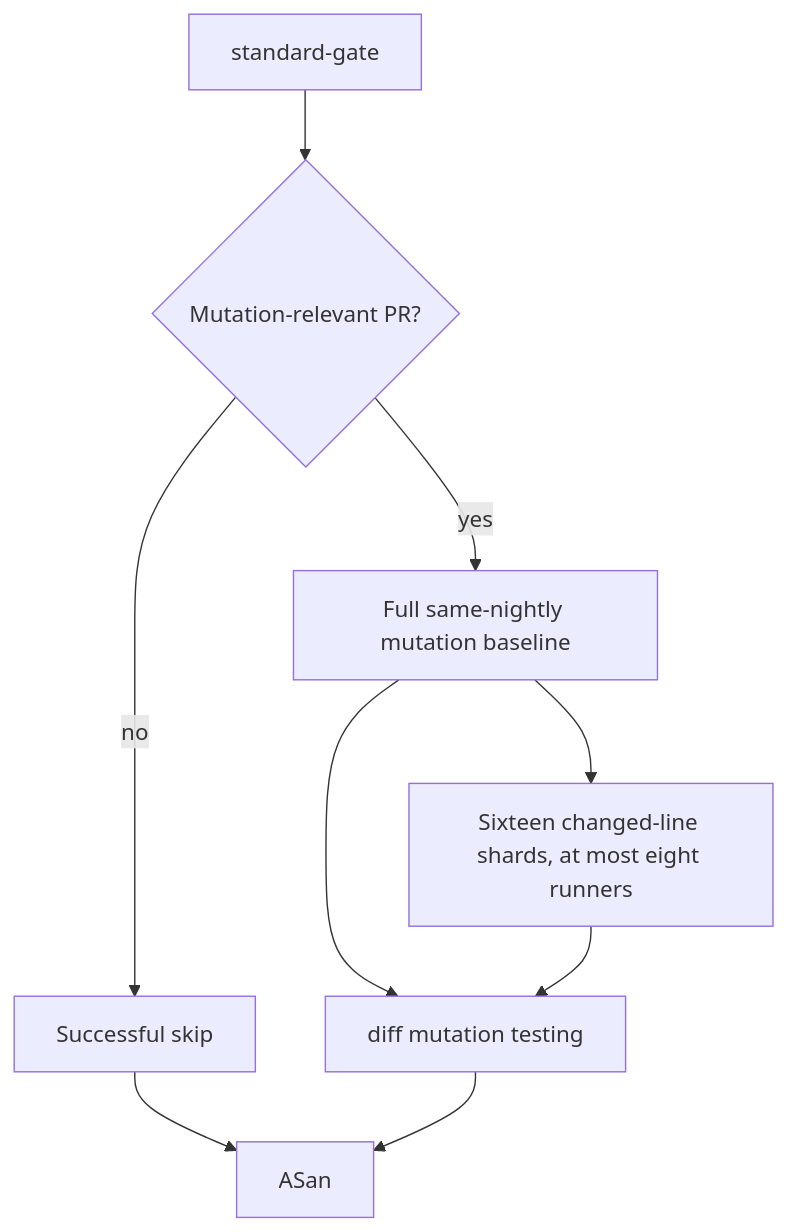
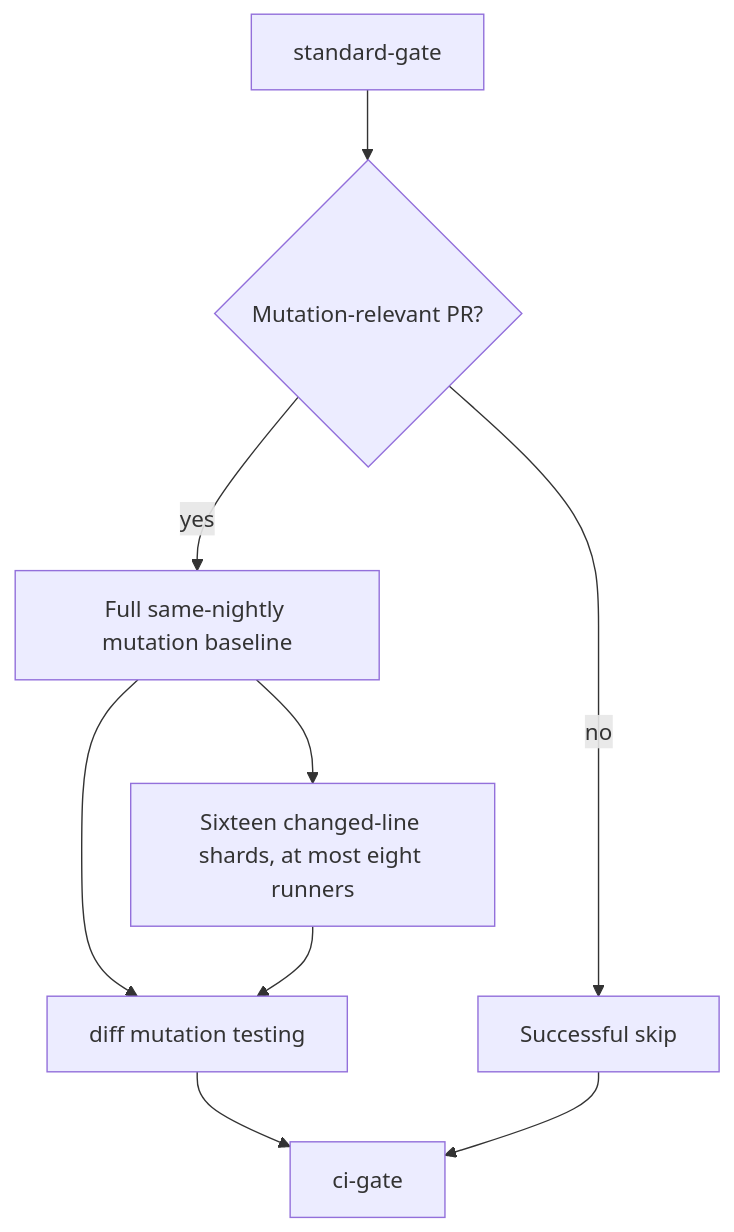
Before and after one commit to arceushui/pigloros: the ninth of 14 diagrams in CONTRIBUTING.md, drawn with Mermaid. The commit also changed other lines of this file and 160 other files, not shown here.

````diff
--- a/CONTRIBUTING.md
+++ b/CONTRIBUTING.md
@@ -291,11 +299,11 @@
 ```mermaid
 flowchart TD
     G["standard-gate"] --> R{"Mutation-relevant PR?"}
     R -->|"no"| S["Successful skip"]
     R -->|"yes"| B["Full same-nightly mutation baseline"]
     B --> M["Sixteen changed-line shards, at most eight runners"]
     B --> MG["diff mutation testing"]
     M --> MG["diff mutation testing"]
-    S --> A["ASan"]
-    MG --> A
+    MG --> CI["ci-gate"]
+    S --> CI
 ```
````
